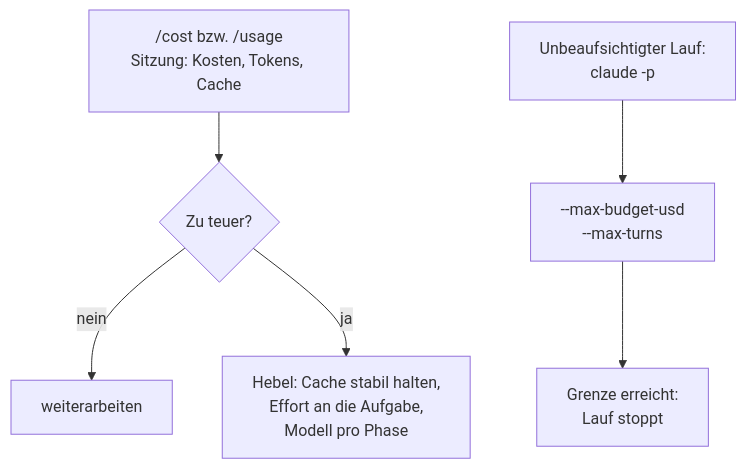
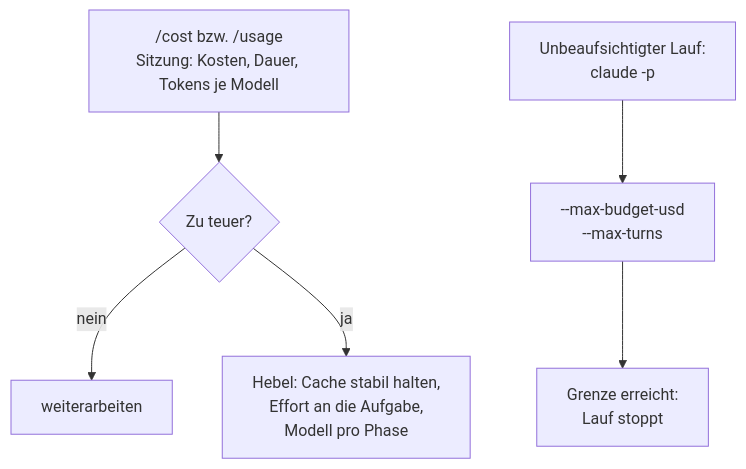
Before and after one commit to dynamic-dome/dynamic-workshop: the diagram in resources/library/s1-19-kosten-im-blick.md, drawn with Mermaid. The commit also changed other lines of this file, not shown here.

````diff
--- a/resources/library/s1-19-kosten-im-blick.md
+++ b/resources/library/s1-19-kosten-im-blick.md
@@ -42,8 +42,8 @@
 ```mermaid
 flowchart TB
-  A["/cost bzw. /usage<br/>Sitzung: Kosten, Tokens, Cache"] --> B{"Zu teuer?"}
+  A["/cost bzw. /usage<br/>Sitzung: Kosten, Dauer, Tokens je Modell"] --> B{"Zu teuer?"}
   B -- "nein" --> W["weiterarbeiten"]
   B -- "ja" --> C["Hebel: Cache stabil halten,<br/>Effort an die Aufgabe,<br/>Modell pro Phase"]
   L["Unbeaufsichtigter Lauf:<br/>claude -p"] --> G["--max-budget-usd<br/>--max-turns"]
   G --> S["Grenze erreicht:<br/>Lauf stoppt"]
 ```
````
